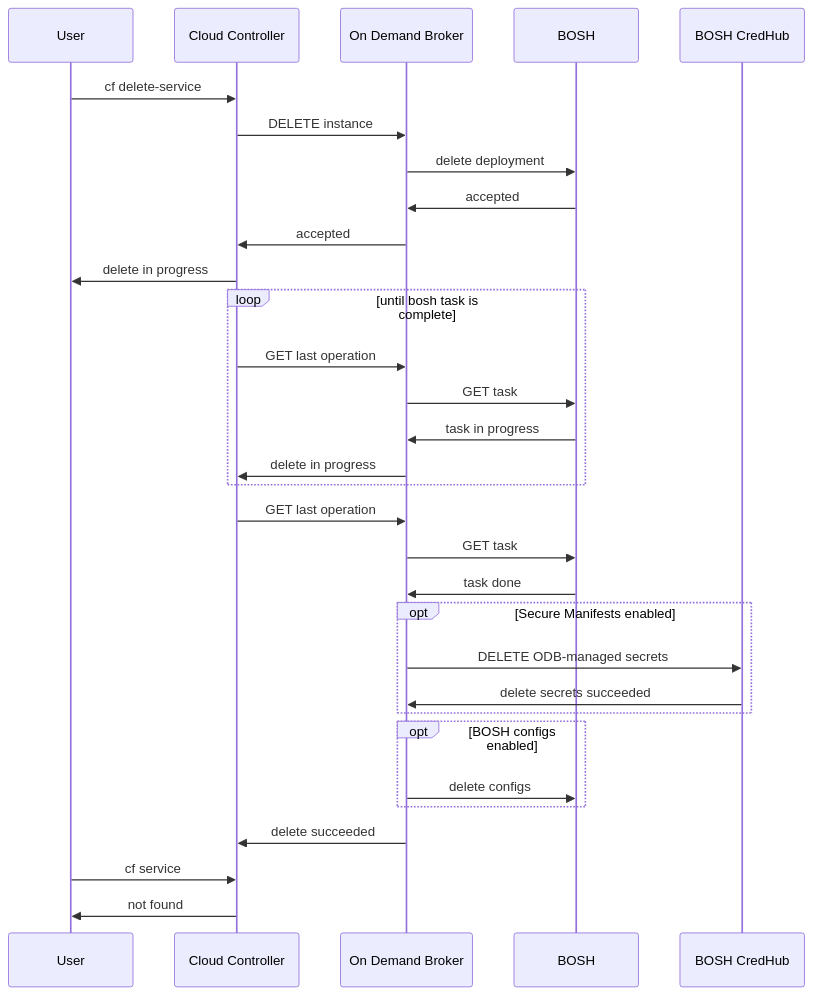
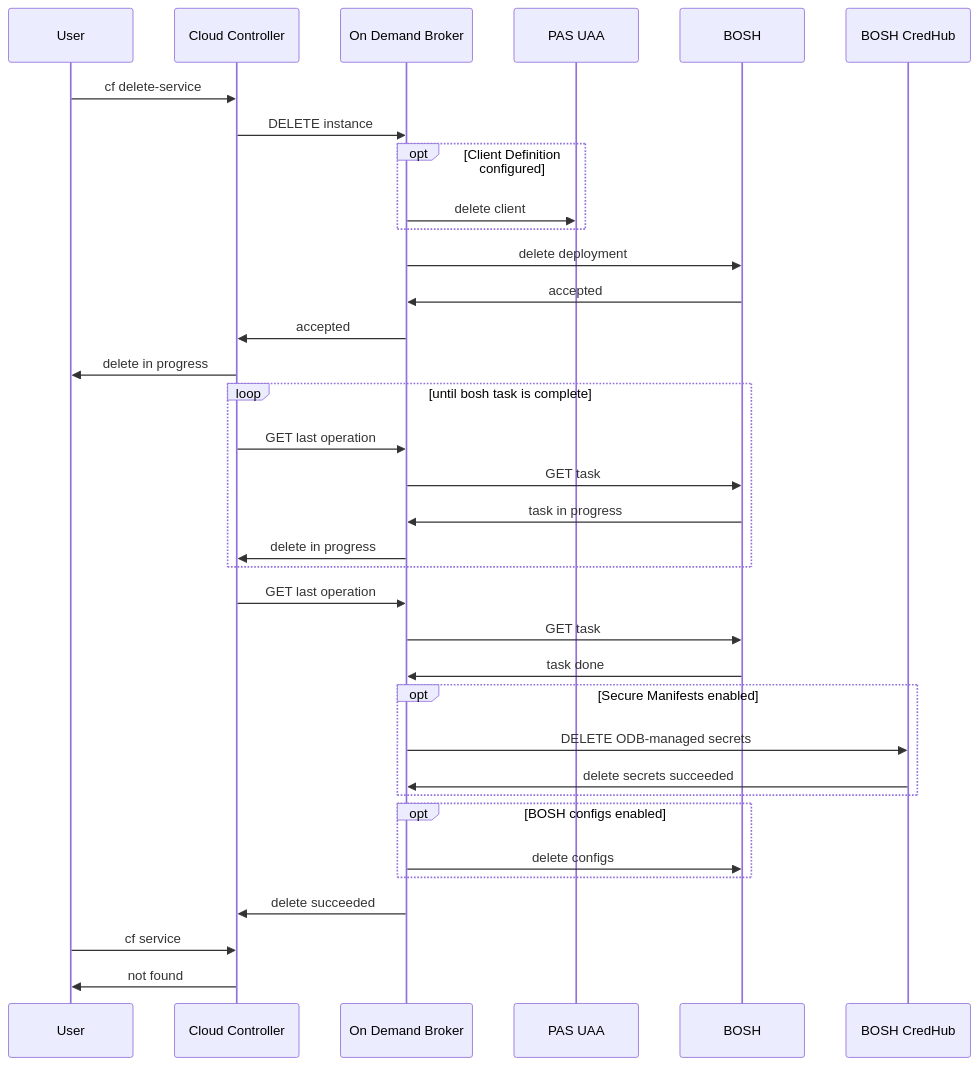
One commit to pivotal-cf/docs-on-demand-service-broker changed the diagram in mmd/delete_service_workflow.mmd. Above: the diagram before and after it, drawn with Mermaid. The commit also changed 3 other files, not shown here.

First line of the commit message:
Document new client_definition property

```diff
--- a/mmd/delete_service_workflow.mmd
+++ b/mmd/delete_service_workflow.mmd
@@ -1,28 +1,31 @@
 <div class="mermaid">
 sequenceDiagram
   User->>Cloud Controller:cf delete-service
   Cloud Controller->>On Demand Broker:DELETE instance
+  opt Client Definition configured
+    On Demand Broker->>PAS UAA: delete client
+  end
   On Demand Broker->>BOSH:delete deployment
   BOSH->>On Demand Broker:accepted
   On Demand Broker->>Cloud Controller:accepted
   Cloud Controller->>User: delete in progress
   loop until bosh task is complete
     Cloud Controller->>On Demand Broker: GET last operation
     On Demand Broker->>BOSH: GET task
     BOSH->>On Demand Broker: task in progress
     On Demand Broker->>Cloud Controller: delete in progress
   end
   Cloud Controller->>On Demand Broker: GET last operation
   On Demand Broker->>BOSH: GET task
   BOSH->>On Demand Broker: task done
   opt Secure Manifests enabled
     On Demand Broker->>BOSH CredHub: DELETE ODB-managed secrets
     BOSH CredHub->>On Demand Broker: delete secrets succeeded
   end
   opt BOSH configs enabled
     On Demand Broker->>BOSH: delete configs
   end
   On Demand Broker->>Cloud Controller: delete succeeded
   User->>Cloud Controller:cf service
   Cloud Controller->>User: not found
 </div>
```
